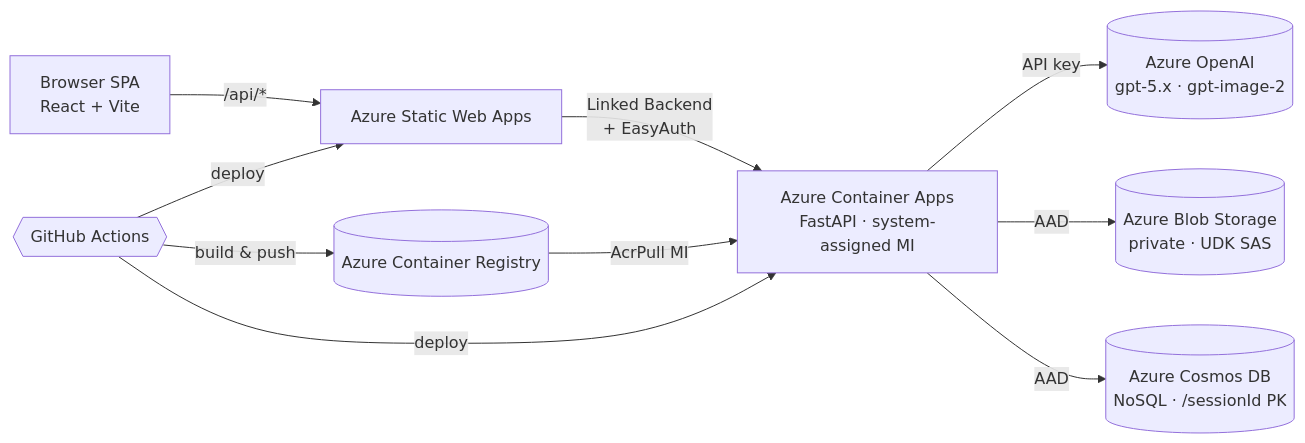
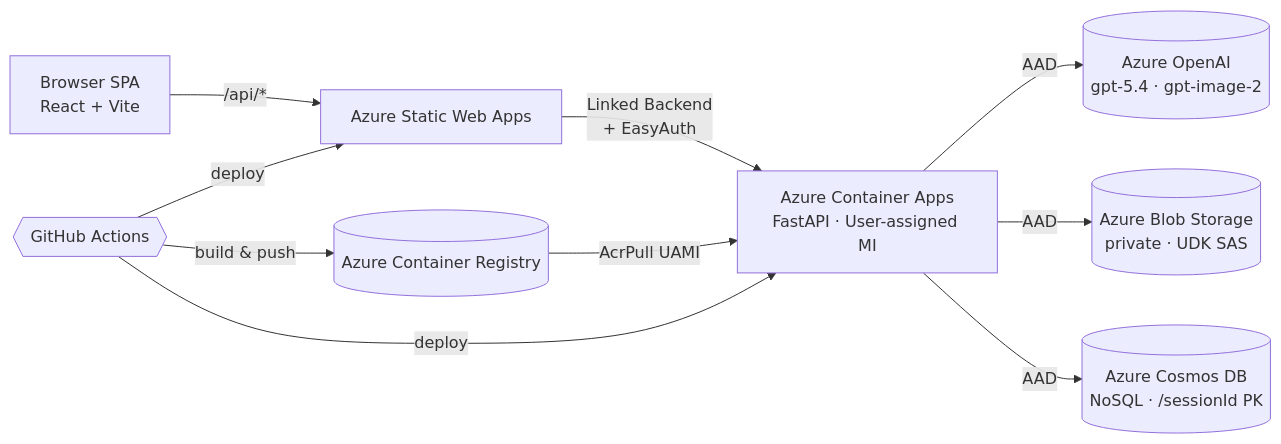
The diagram in README.md (ChangJu-Ahn/create_ad_cut), drawn with Mermaid before and after one commit. The commit also changed other lines of this file and 6 other files, not shown here.

````diff
--- a/README.md
+++ b/README.md
@@ -29,12 +30,12 @@
 ```mermaid
 flowchart LR
     UI[Browser SPA<br/>React + Vite] -->|/api/*| SWA[Azure Static Web Apps]
-    SWA -->|Linked Backend<br/>+ EasyAuth| ACA[Azure Container Apps<br/>FastAPI · system-assigned MI]
-    ACA -->|API key| AOAI[(Azure OpenAI<br/>gpt-5.x · gpt-image-2)]
+    SWA -->|Linked Backend<br/>+ EasyAuth| ACA[Azure Container Apps<br/>FastAPI · User-assigned MI]
+    ACA -->|AAD| AOAI[(Azure OpenAI<br/>gpt-5.4 · gpt-image-2)]
     ACA -->|AAD| BLOB[(Azure Blob Storage<br/>private · UDK SAS)]
     ACA -->|AAD| COS[(Azure Cosmos DB<br/>NoSQL · /sessionId PK)]
-    ACR[(Azure Container Registry)] -->|AcrPull MI| ACA
+    ACR[(Azure Container Registry)] -->|AcrPull UAMI| ACA
     GHA{{GitHub Actions}} -->|build & push| ACR
     GHA -->|deploy| ACA
     GHA -->|deploy| SWA
 ```
````
